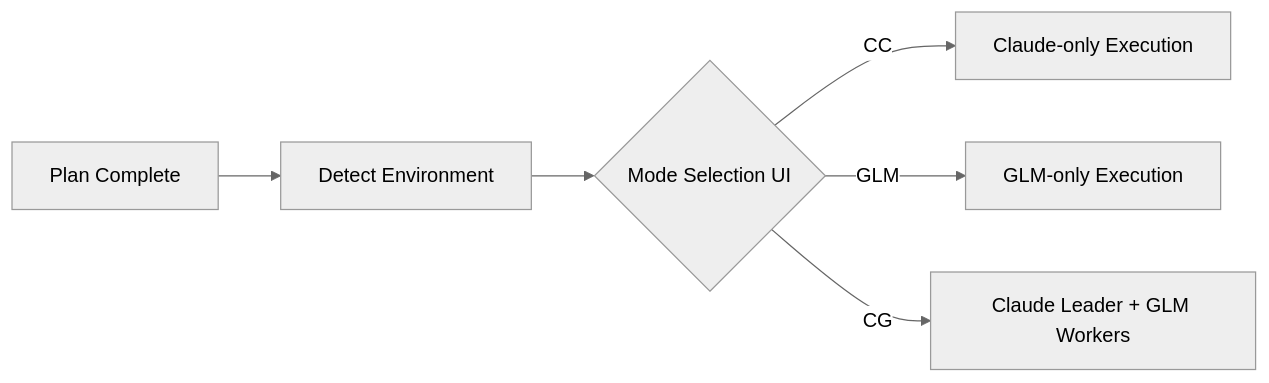
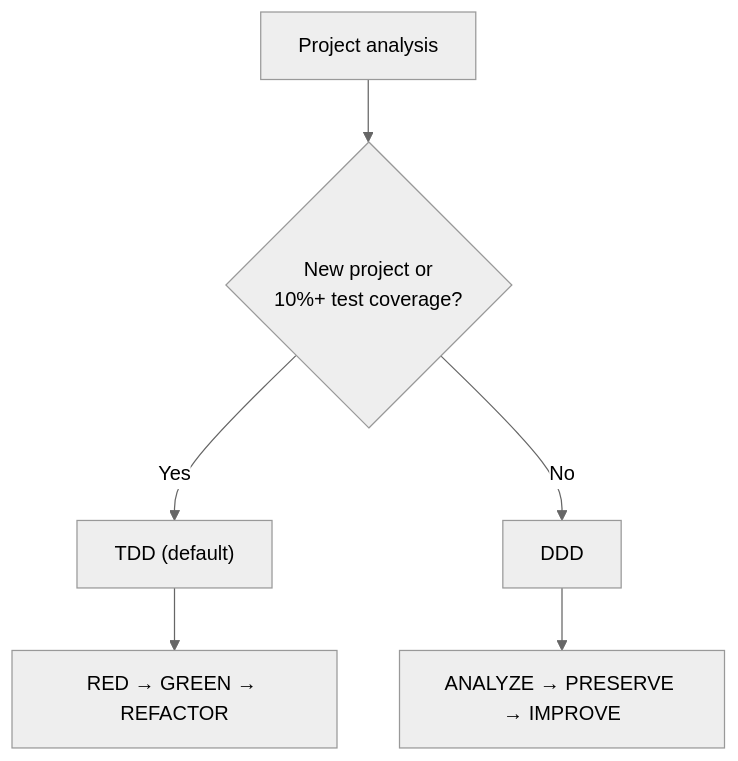
Before and after one commit to modu-ai/moai-adk: the fifth of 5 diagrams in README.md, drawn with Mermaid (neutral theme). The commit also changed other lines of this file and 395 other files, not shown here.

````diff
--- a/README.md
+++ b/README.md
@@ -554,8 +415,8 @@
 ```mermaid
-graph LR
-    A["Plan Complete"] --> B["Detect Environment"]
-    B --> C{"Mode Selection UI"}
-    C -->|"CC"| D["Claude-only Execution"]
-    C -->|"GLM"| E["GLM-only Execution"]
-    C -->|"CG"| F["Claude Leader + GLM Workers"]
+flowchart TD
+    A["Project analysis"] --> B{"New project or<br/>10%+ test coverage?"}
+    B -->|"Yes"| C["TDD (default)"]
+    B -->|"No"| D["DDD"]
+    C --> F["RED → GREEN → REFACTOR"]
+    D --> G["ANALYZE → PRESERVE → IMPROVE"]
 ```
````
